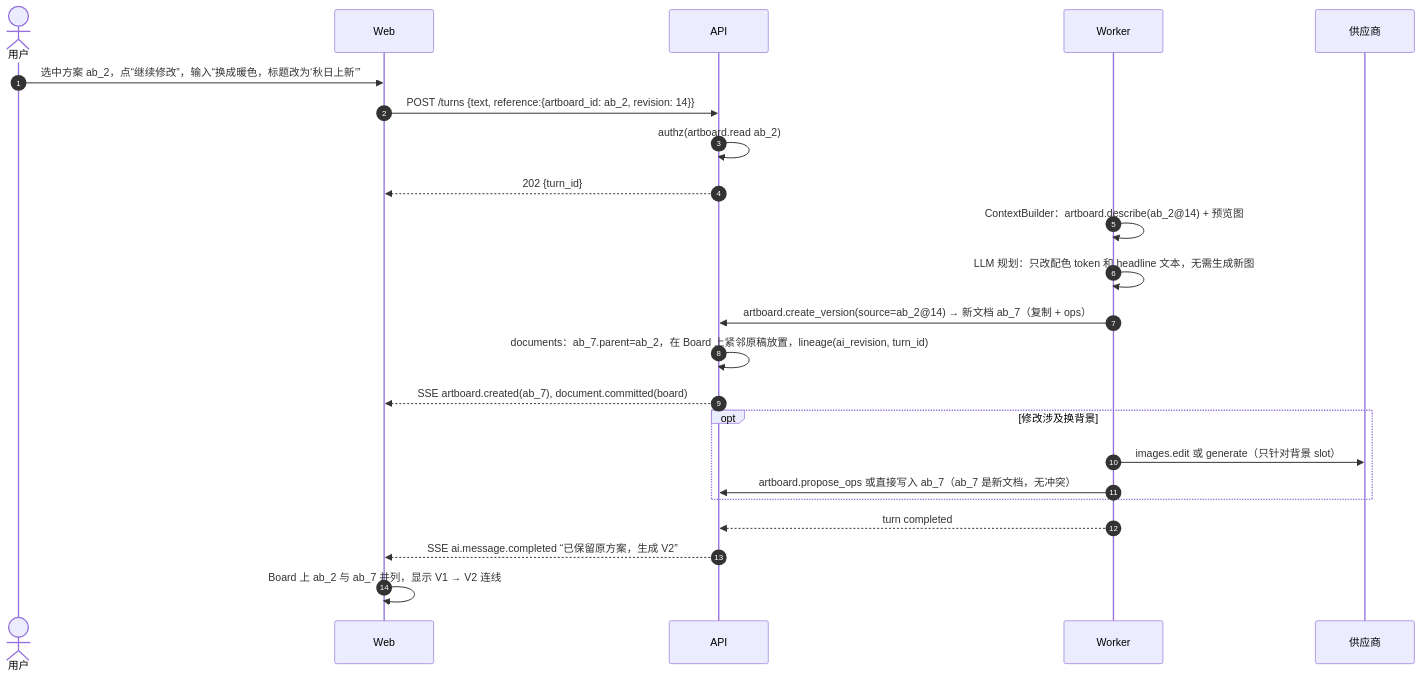
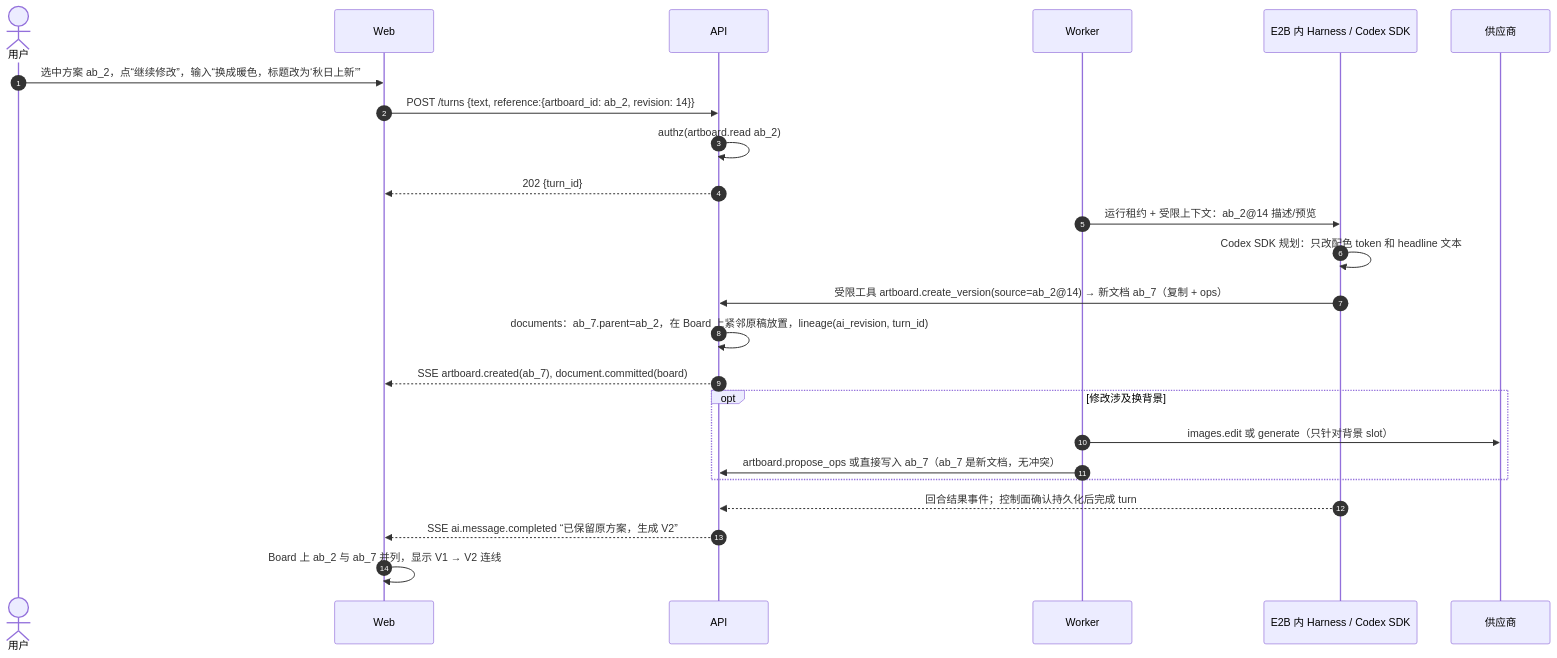
One commit to abystra/design-x changed the third of 8 diagrams in docs/architecture/03-user-journeys.md. Above: the diagram before and after it, drawn with Mermaid. The commit also changed other lines of this file and 39 other files, not shown here.

Commit message:
feat: add persistent workspace API and adopt Codex E2B architecture

````diff
--- a/docs/architecture/03-user-journeys.md
+++ b/docs/architecture/03-user-journeys.md
@@ -110,25 +118,26 @@
 ```mermaid
 sequenceDiagram
   autonumber
   actor U as 用户
   participant W as Web
   participant A as API
   participant WK as Worker
+  participant H as E2B 内 Harness / Codex SDK
   participant P as 供应商
   U->>W: 选中方案 ab_2，点“继续修改”，输入“换成暖色，标题改为‘秋日上新’”
   W->>A: POST /turns {text, reference:{artboard_id: ab_2, revision: 14}}
   A->>A: authz(artboard.read ab_2)
   A-->>W: 202 {turn_id}
-  WK->>WK: ContextBuilder：artboard.describe(ab_2@14) + 预览图
-  WK->>WK: LLM 规划：只改配色 token 和 headline 文本，无需生成新图
-  WK->>A: artboard.create_version(source=ab_2@14) → 新文档 ab_7（复制 + ops）
+  WK->>H: 运行租约 + 受限上下文：ab_2@14 描述/预览
+  H->>H: Codex SDK 规划：只改配色 token 和 headline 文本
+  H->>A: 受限工具 artboard.create_version(source=ab_2@14) → 新文档 ab_7（复制 + ops）
   A->>A: documents：ab_7.parent=ab_2，在 Board 上紧邻原稿放置，lineage(ai_revision, turn_id)
   A-->>W: SSE artboard.created(ab_7), document.committed(board)
   opt 修改涉及换背景
     WK->>P: images.edit 或 generate（只针对背景 slot）
     WK->>A: artboard.propose_ops 或直接写入 ab_7（ab_7 是新文档，无冲突）
   end
-  WK-->>A: turn completed
+  H-->>A: 回合结果事件；控制面确认持久化后完成 turn
   A-->>W: SSE ai.message.completed “已保留原方案，生成 V2”
   W->>W: Board 上 ab_2 与 ab_7 并列，显示 V1 → V2 连线
 ```
````
